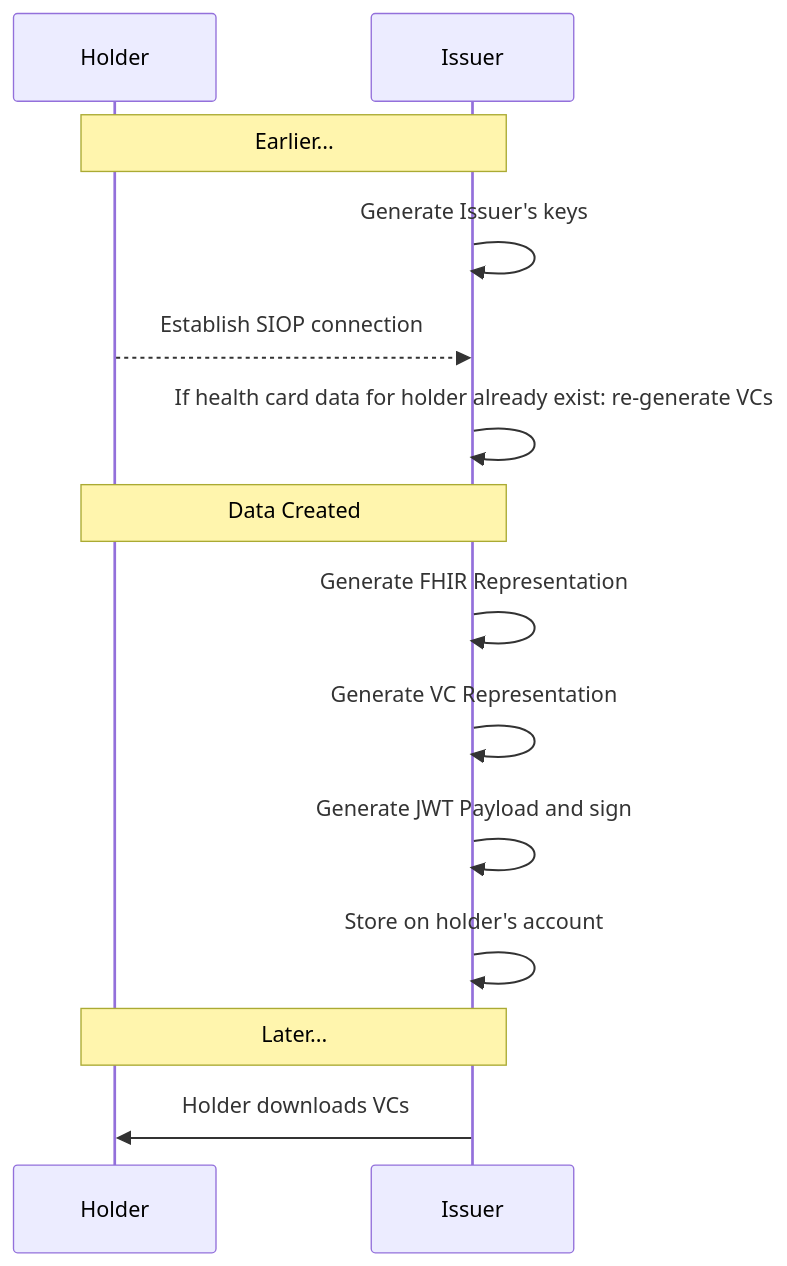
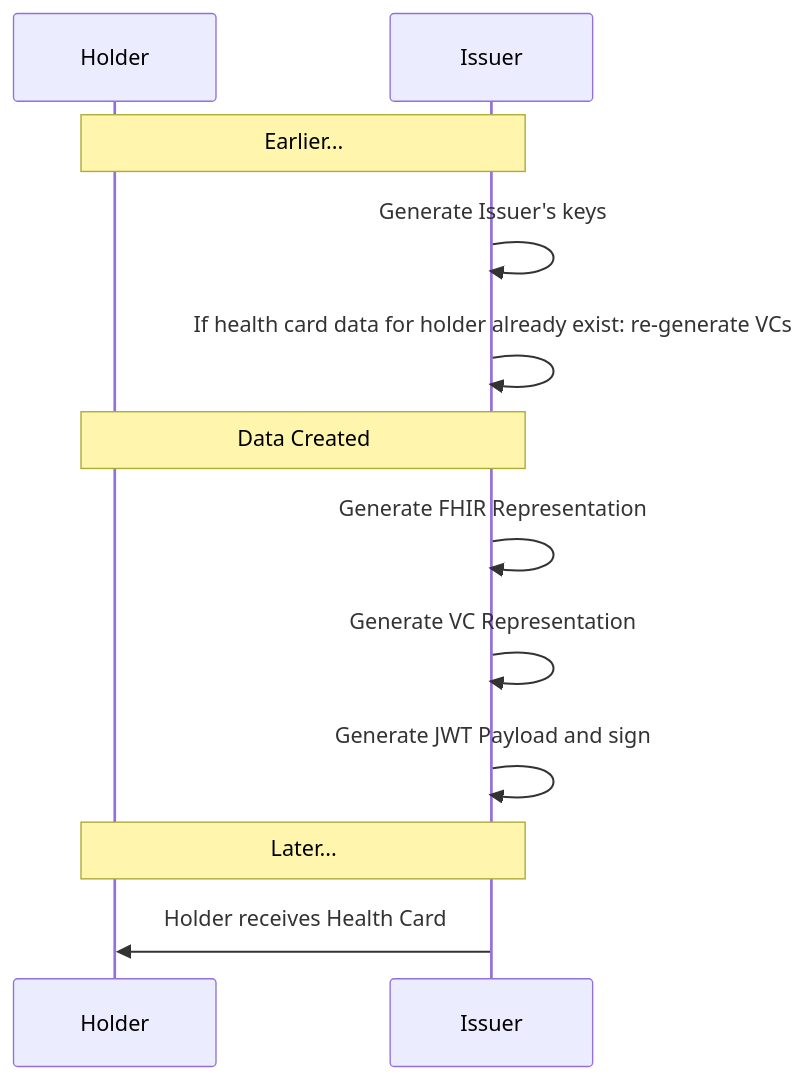
The diagram in docs/index.md (smart-on-fhir/health-cards), drawn with Mermaid before and after one commit. The commit also changed other lines of this file, not shown here.

Commit message:
Review without SIOP

````diff
--- a/docs/index.md
+++ b/docs/index.md
@@ -205,19 +160,17 @@
 ```mermaid
 sequenceDiagram
 participant Holder
 participant Issuer
 
 note over Holder, Issuer: Earlier...
 Issuer ->> Issuer: Generate Issuer's keys
-Holder -->> Issuer:  Establish SIOP connection
 Issuer ->> Issuer: If health card data for holder already exist: re-generate VCs
 
 note over Issuer, Holder: Data Created
 Issuer ->> Issuer: Generate FHIR Representation
 Issuer ->> Issuer: Generate VC Representation
 Issuer ->> Issuer: Generate JWT Payload and sign
-Issuer ->> Issuer: Store on holder's account
 
 note over Issuer, Holder: Later...
-Issuer ->> Holder: Holder downloads VCs
+Issuer ->> Holder: Holder receives Health Card
 ```
````
